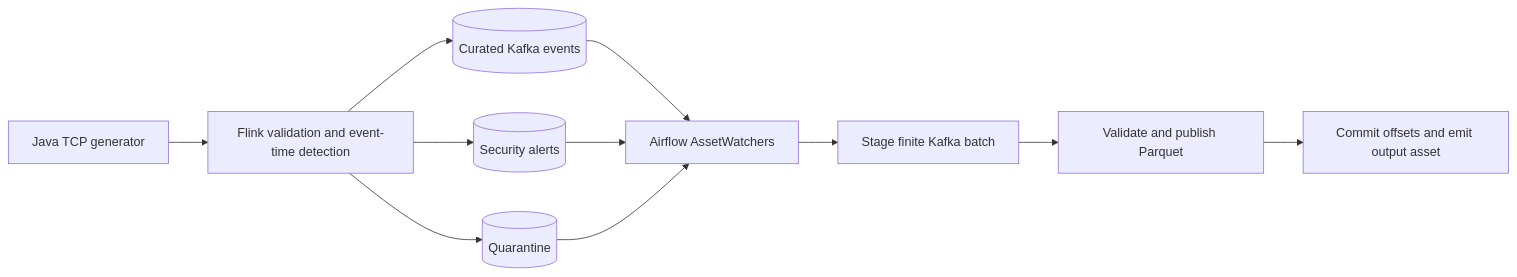
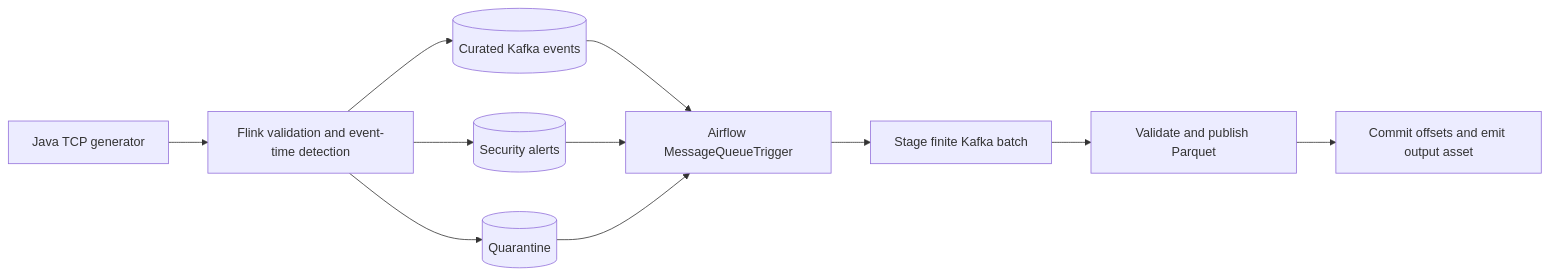
The diagram in README.md (vikramaditya-tatke/kafka-flink-airflow-pipeline), drawn with Mermaid before and after one commit. The commit also changed other lines of this file and 13 other files, not shown here.

Commit message:
refactor(airflow): use standard Kafka message queue trigger

````diff
--- a/README.md
+++ b/README.md
@@ -12,11 +12,11 @@
 ```mermaid
 flowchart LR
     Producer[Java TCP generator] --> Flink[Flink validation and event-time detection]
     Flink --> Events[(Curated Kafka events)]
     Flink --> Alerts[(Security alerts)]
     Flink --> Quarantine[(Quarantine)]
-    Events & Alerts & Quarantine --> Watchers[Airflow AssetWatchers]
+    Events & Alerts & Quarantine --> Watchers[Airflow MessageQueueTrigger]
     Watchers --> Stage[Stage finite Kafka batch]
     Stage --> Publish[Validate and publish Parquet]
     Publish --> Commit[Commit offsets and emit output asset]
 ```
````
